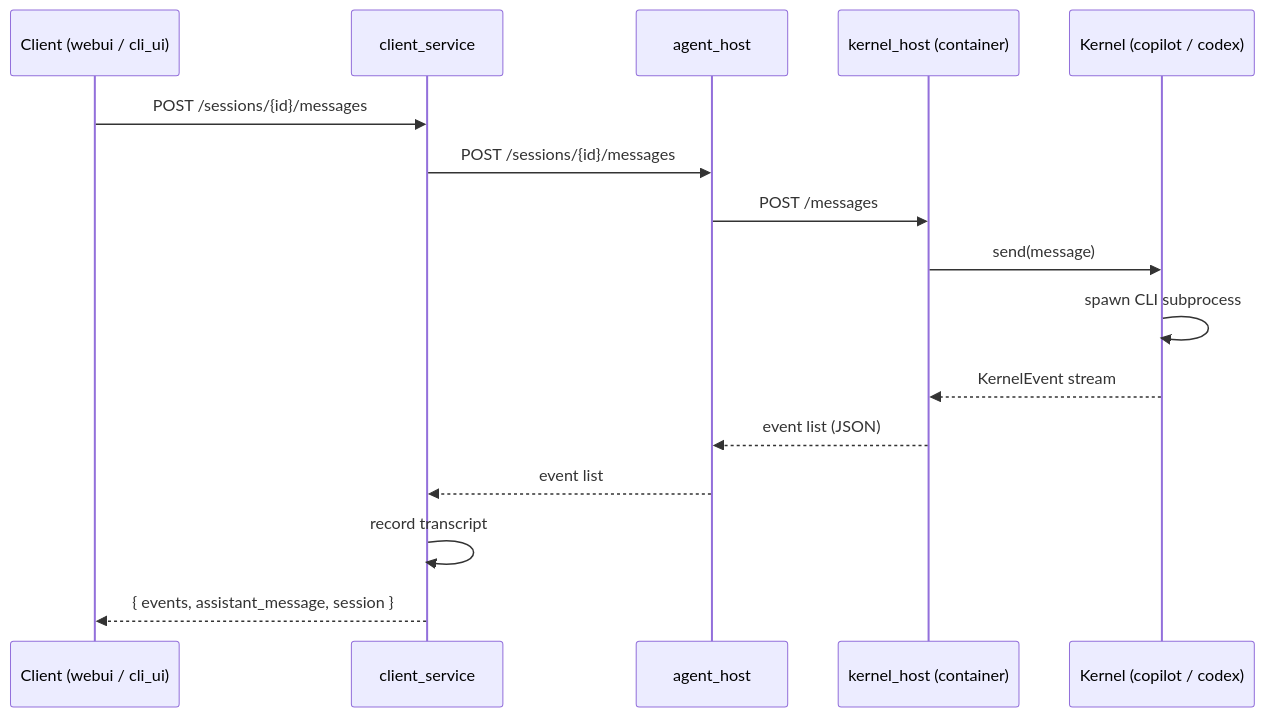
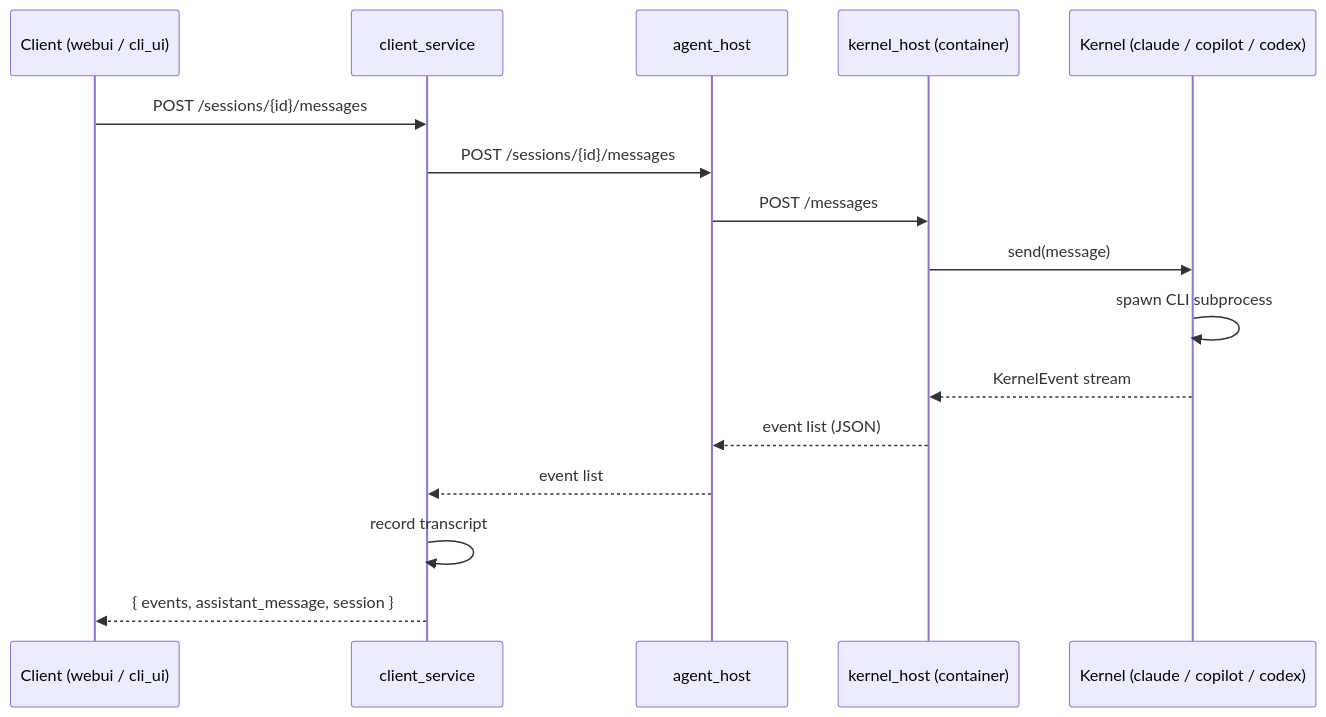
The diagram in docs/OVERVIEW.md (andysalerno/agentspace), drawn with Mermaid before and after one commit. The commit also changed other lines of this file and 12 other files, not shown here.

Commit message:
codex impl of claude kernel

````diff
--- a/docs/OVERVIEW.md
+++ b/docs/OVERVIEW.md
@@ -208,19 +213,19 @@
 ```mermaid
 sequenceDiagram
     participant C as Client (webui / cli_ui)
     participant CS as client_service
     participant AH as agent_host
     participant KH as kernel_host (container)
-    participant K as Kernel (copilot / codex)
+    participant K as Kernel (claude / copilot / codex)
 
     C->>CS: POST /sessions/{id}/messages
     CS->>AH: POST /sessions/{id}/messages
     AH->>KH: POST /messages
     KH->>K: send(message)
     K->>K: spawn CLI subprocess
     K-->>KH: KernelEvent stream
     KH-->>AH: event list (JSON)
     AH-->>CS: event list
     CS->>CS: record transcript
     CS-->>C: { events, assistant_message, session }
 ```
````
